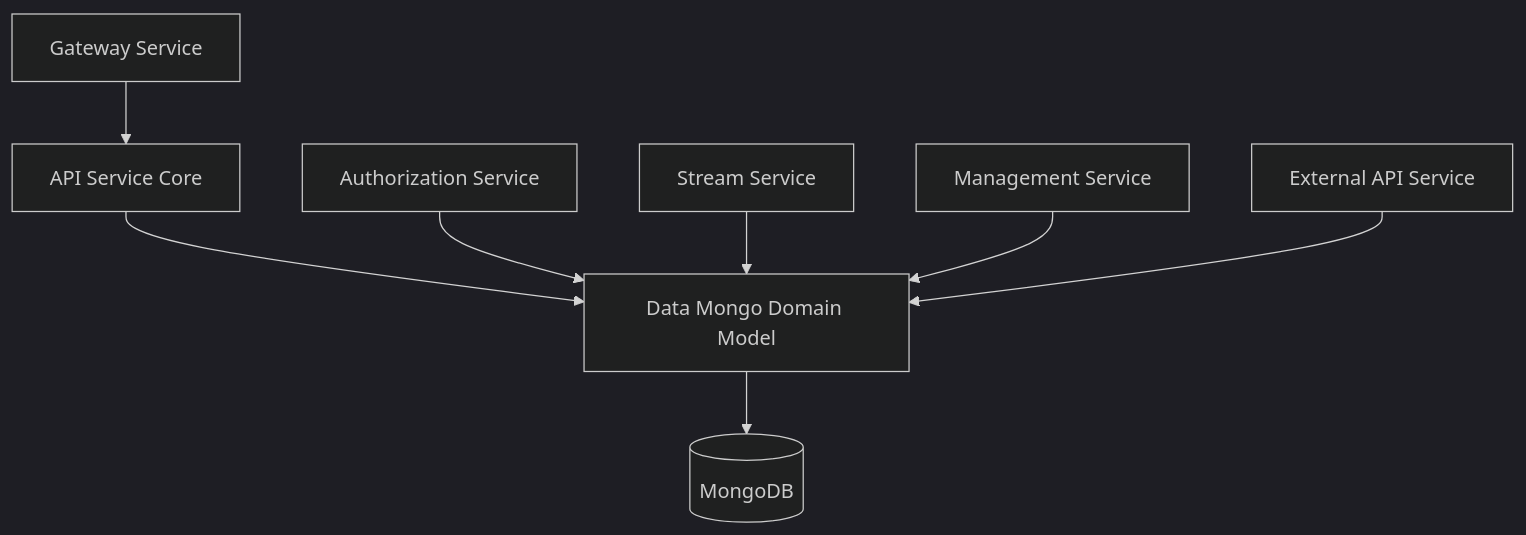
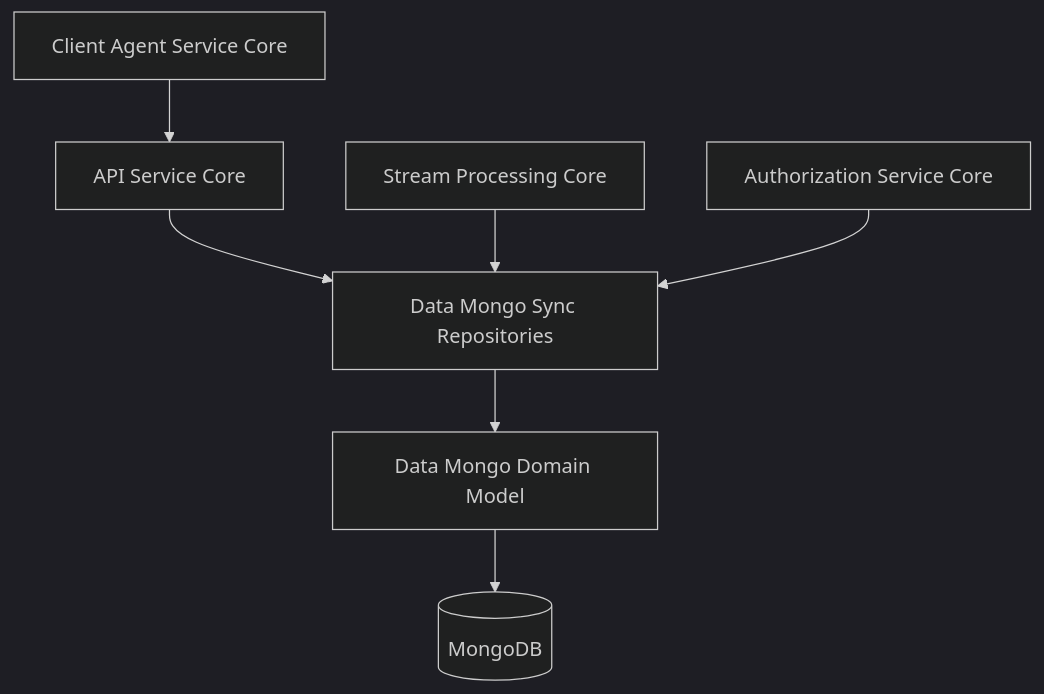
The first of 6 diagrams in docs/reference/architecture/data-mongo-domain-model/data-mongo-domain-model.md (flamingo-stack/openframe-oss-lib), drawn with Mermaid (dark theme) before and after one commit. The commit also changed other lines of this file and 1809 other files, not shown here.

````diff
--- a/docs/reference/architecture/data-mongo-domain-model/data-mongo-domain-model.md
+++ b/docs/reference/architecture/data-mongo-domain-model/data-mongo-domain-model.md
@@ -33,11 +30,10 @@
 ```mermaid
 flowchart TD
-    Gateway["Gateway Service"] --> ApiService["API Service Core"]
-    ApiService --> DomainModel["Data Mongo Domain Model"]
-    AuthService["Authorization Service"] --> DomainModel
-    StreamService["Stream Service"] --> DomainModel
-    ManagementService["Management Service"] --> DomainModel
-    ExternalApi["External API Service"] --> DomainModel
+    API["API Service Core"] --> REPO["Data Mongo Sync Repositories"]
+    STREAM["Stream Processing Core"] --> REPO
+    AUTH["Authorization Service Core"] --> REPO
+    AGENT["Client Agent Service Core"] --> API
 
-    DomainModel --> MongoDB[("MongoDB")]
+    REPO --> DOMAIN["Data Mongo Domain Model"]
+    DOMAIN --> MONGO[("MongoDB")]
 ```
````
